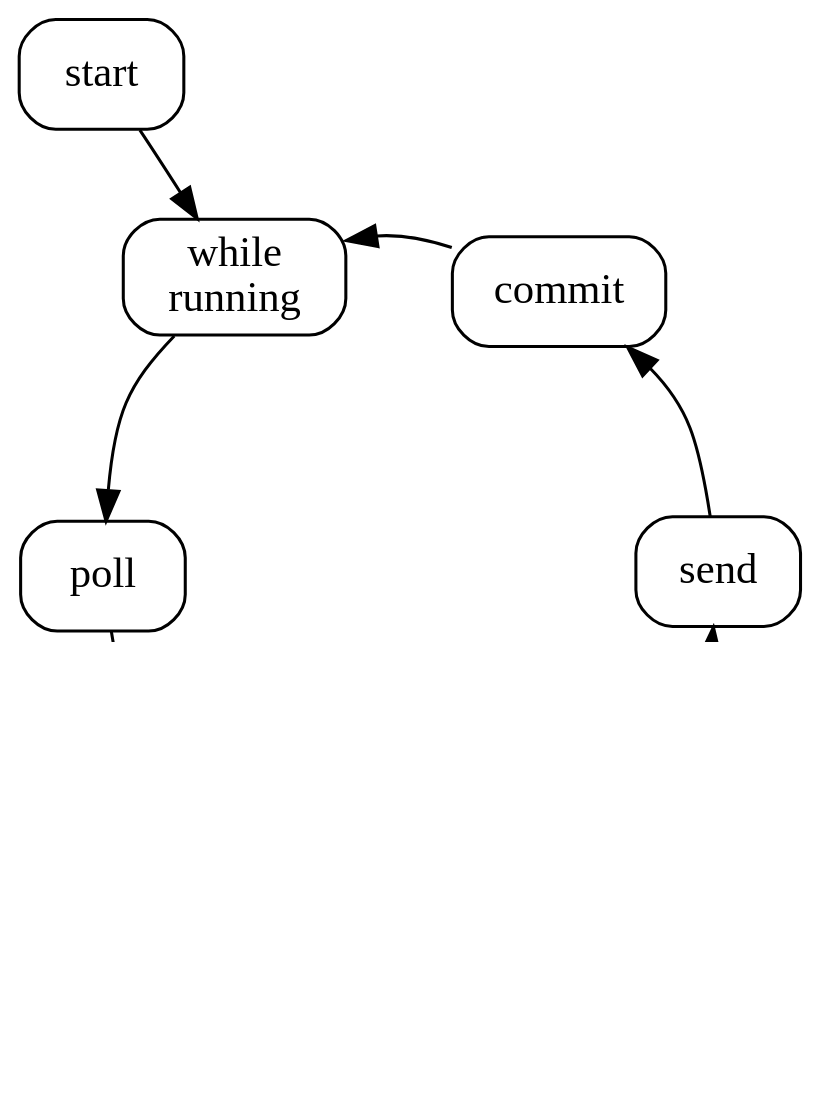
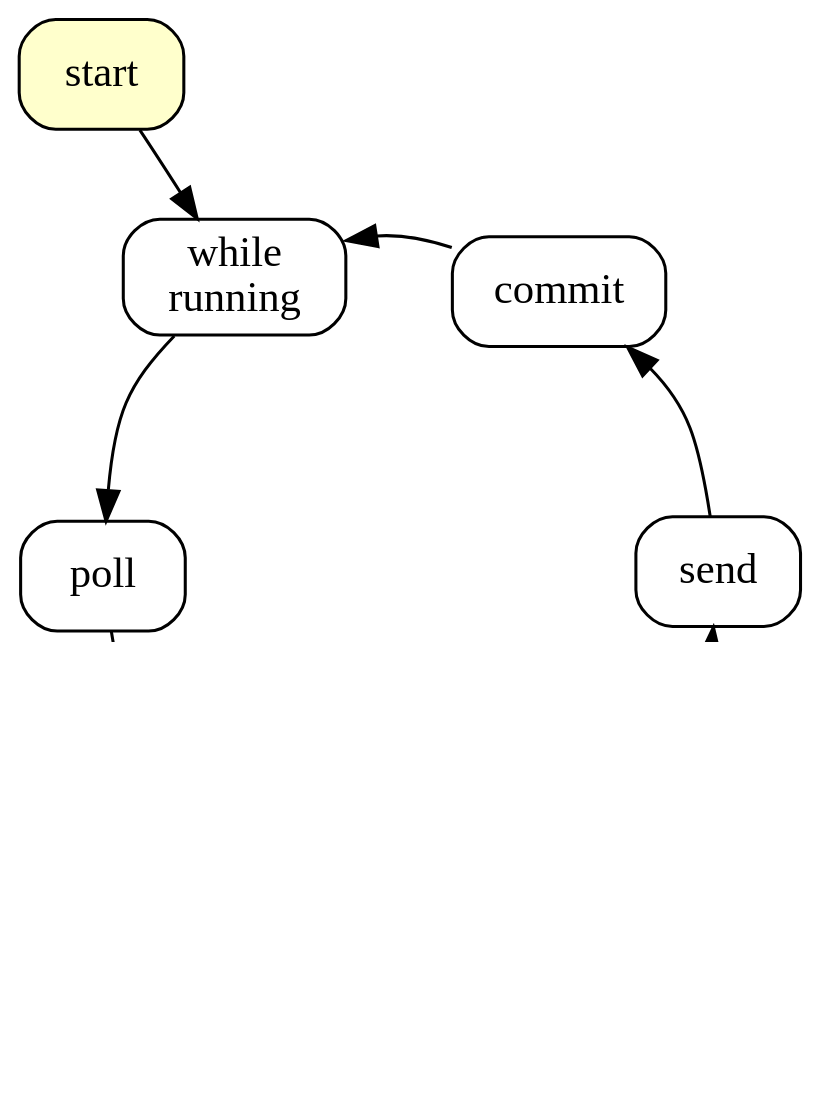
Before and after one commit to inponomarev/kstreams-testing-pitfalls: diagram 19 of 46 in slides/src/main/asciidoc/lecture.adoc, drawn with Graphviz. The commit also changed other lines of this file and 1 other file, not shown here.

```diff
--- a/slides/src/main/asciidoc/lecture.adoc
+++ b/slides/src/main/asciidoc/lecture.adoc
@@ -872,21 +872,22 @@
-[graphviz,"streamsloop.png"]
+[graphviz,"streamsloop1.png"]
 ----
 digraph G {
   graph [dpi = 130];
   layout="neato";
   splines=curved;
   node[shape="box"; style="rounded"];
   edge[len=1.3]
   start[pos="-1,3!"];
   start -> while[len=1];
   while -> poll;
   poll -> process;
   process -> forward;
   forward -> send;
   send -> commit;
   commit -> while;
   while[label="while\nrunning"]
   process -> cache;
   cache -> forward[label="\nif time to flush"];
+  start[style="rounded,filled"; fillcolor="#ffffcc"]
 }
 ----
```
